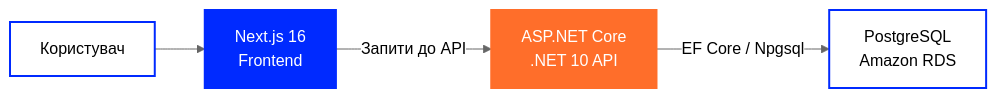
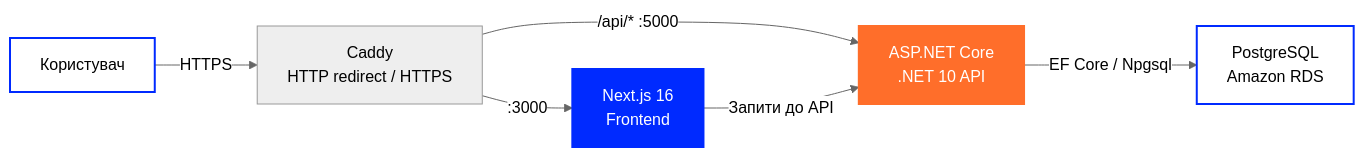
One commit to tr3ba/.github changed the first of 2 diagrams in README.uk.md. Above: the diagram before and after it, drawn with Mermaid (neutral theme). The commit also changed other lines of this file and 7 other files, not shown here.

````diff
--- a/README.uk.md
+++ b/README.uk.md
@@ -323,19 +333,22 @@
 ```mermaid
 flowchart LR
 
     USER["Користувач"]
     FRONT["Next.js 16<br/>Frontend"]
     API["ASP.NET Core<br/>.NET 10 API"]
     DB["PostgreSQL<br/>Amazon RDS"]
 
-    USER --> FRONT
+    PROXY["Caddy<br/>HTTP redirect / HTTPS"]
+    USER -->|"HTTPS"| PROXY
+    PROXY -->|":3000"| FRONT
+    PROXY -->|"/api/* :5000"| API
 
     FRONT -->|"Запити до API"| API
 
     API -->|"EF Core / Npgsql"| DB
 
     style USER fill:#ffffff,color:#000000,stroke:#002AFF,stroke-width:2px
     style FRONT fill:#002AFF,color:#ffffff,stroke:#002AFF,stroke-width:2px
     style API fill:#FF6E2A,color:#ffffff,stroke:#FF6E2A,stroke-width:2px
     style DB fill:#ffffff,color:#000000,stroke:#002AFF,stroke-width:2px
 ```
````
